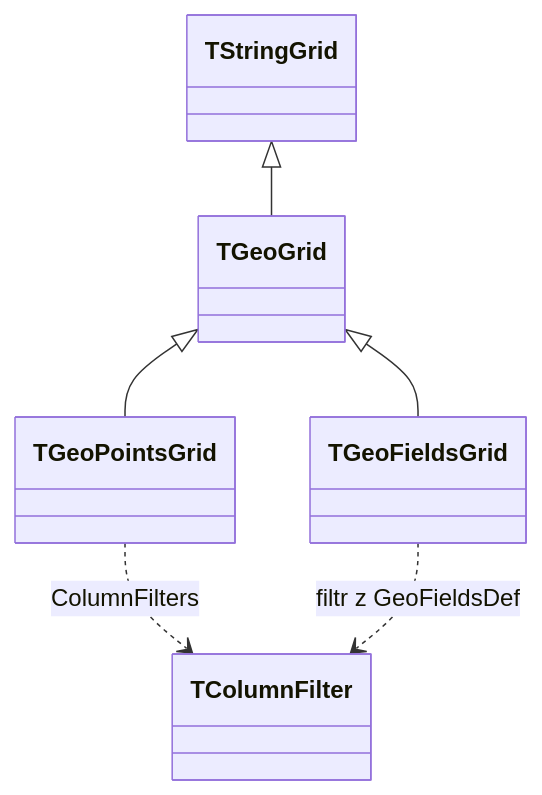
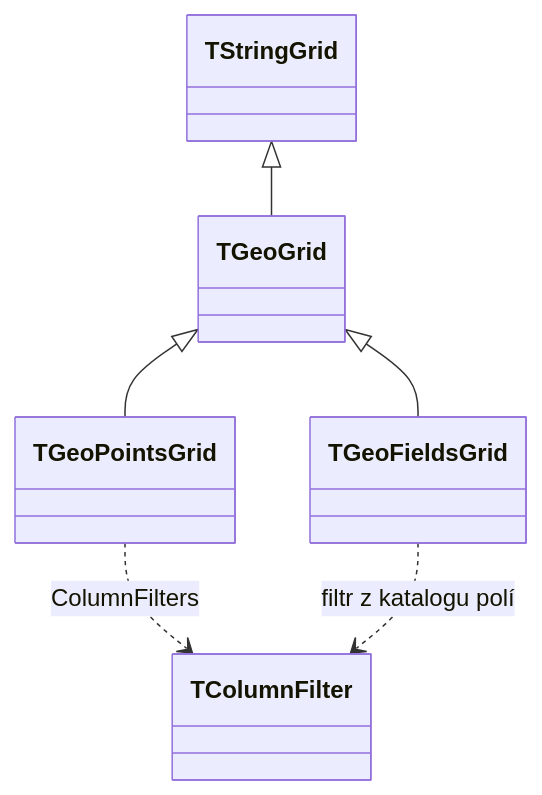
Before and after one commit to kovarmi9/GeoSoft: the diagram in docs/komponenty/index.md, drawn with Mermaid. The commit also changed other lines of this file and 10 other files, not shown here.

````diff
--- a/docs/komponenty/index.md
+++ b/docs/komponenty/index.md
@@ -18,8 +17,8 @@
 ```mermaid
 classDiagram
   TStringGrid <|-- TGeoGrid
   TGeoGrid <|-- TGeoPointsGrid
   TGeoGrid <|-- TGeoFieldsGrid
   TGeoPointsGrid ..> TColumnFilter : ColumnFilters
-  TGeoFieldsGrid ..> TColumnFilter : filtr z GeoFieldsDef
+  TGeoFieldsGrid ..> TColumnFilter : filtr z katalogu polí
 ```
````
